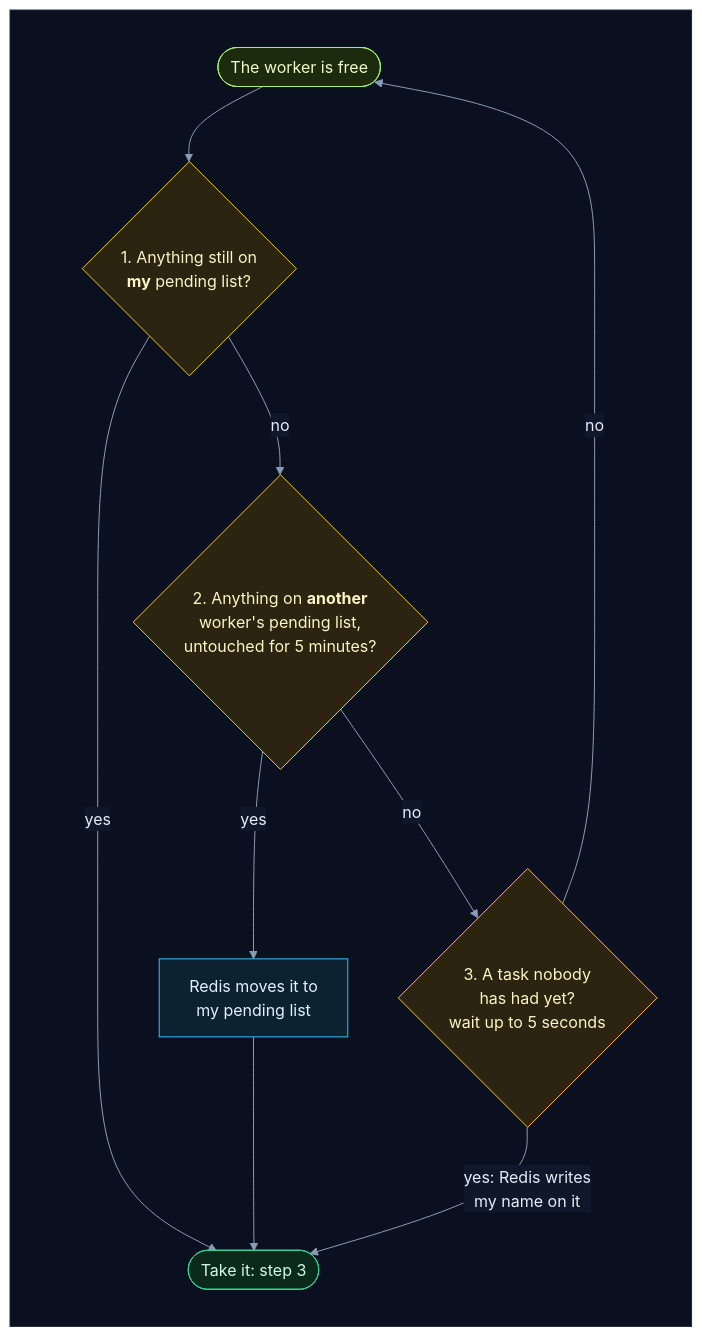
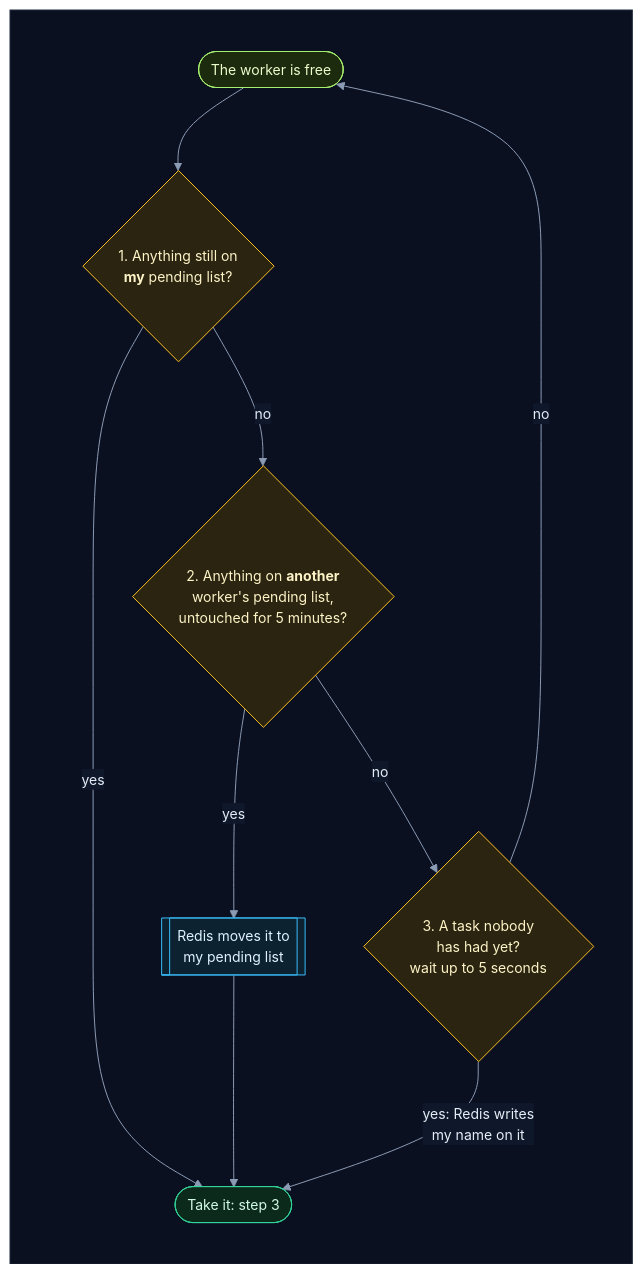
Before and after one commit to selvakumarperumal/Regulatory_Circular_Impact_Agent: the sixth of 45 diagrams in backend/worker/INTERNALS.md, drawn with Mermaid. The commit also changed other lines of this file and 5 other files, not shown here.

Commit message:
Give the docs' flowcharts a shape per kind of part, more room and slightly smaller text

````diff
--- a/backend/worker/INTERNALS.md
+++ b/backend/worker/INTERNALS.md
@@ -362,30 +362,30 @@
 ```mermaid
-%%{init: {"theme": "base", "flowchart": {"diagramPadding": 0}, "themeVariables": {"darkMode": true, "primaryColor": "#16213a", "primaryTextColor": "#e6edf7", "primaryBorderColor": "#475a7a", "lineColor": "#8b9bb4", "secondaryColor": "#1b2436", "tertiaryColor": "#101a2e", "edgeLabelBackground": "#0f172a", "textColor": "#e2e8f0", "clusterBkg": "#0f1728", "clusterBorder": "#2b3a55", "titleColor": "#c4b5fd", "nodeTextColor": "#e6edf7"}}}%%
+%%{init: {"theme": "base", "flowchart": {"diagramPadding": 0, "nodeSpacing": 58, "rankSpacing": 58, "curve": "basis"}, "themeVariables": {"fontSize": "14px", "darkMode": true, "primaryColor": "#16213a", "primaryTextColor": "#e6edf7", "primaryBorderColor": "#475a7a", "lineColor": "#8b9bb4", "secondaryColor": "#1b2436", "tertiaryColor": "#101a2e", "edgeLabelBackground": "#0f172a", "textColor": "#e2e8f0", "clusterBkg": "#0f1728", "clusterBorder": "#2b3a55", "titleColor": "#c4b5fd", "nodeTextColor": "#e6edf7"}}}%%
 flowchart TD
     subgraph canvas[" "]
         direction TB
         w(["The worker is free"]) --> q1{"1. Anything still on<br/><b>my</b> pending list?"}
         q1 -->|"yes"| t(["Take it: step 3"])
         q1 -->|"no"| q2{"2. Anything on <b>another</b><br/>worker's pending list,<br/>untouched for 5 minutes?"}
-        q2 -->|"yes"| mv["Redis moves it to<br/>my pending list"]
+        q2 -->|"yes"| mv[["Redis moves it to<br/>my pending list"]]
         mv --> t
         q2 -->|"no"| q3{"3. A task nobody<br/>has had yet?<br/>wait up to 5 seconds"}
         q3 -->|"yes: Redis writes<br/>my name on it"| t
         q3 -->|"no"| w
     end
     classDef svc fill:#0e2a2c,stroke:#2dd4bf,color:#ccfbf1
     classDef data fill:#1c1a47,stroke:#818cf8,color:#e0e7ff
     classDef ext fill:#2a1640,stroke:#c084fc,color:#f3e8ff
     classDef gpu fill:#2d1b0c,stroke:#fb923c,color:#ffedd5
     classDef ask fill:#2a2410,stroke:#fbbf24,color:#fef3c7
     classDef ok fill:#0b2a1c,stroke:#34d399,color:#d1fae5
     classDef bad fill:#2e0f17,stroke:#fb7185,color:#ffe4e6
     classDef start fill:#1c2a0e,stroke:#a7ef6f,color:#ecfccb
     classDef muted fill:#1a2130,stroke:#64748b,color:#cbd5e1
     classDef queue fill:#0c2231,stroke:#38bdf8,color:#e0f2fe
     class w start
     class q1,q2,q3 ask
     class mv queue
     class t ok
     style canvas fill:#0b1020,stroke:#1e293b,color:#0b1020
 ```
````
